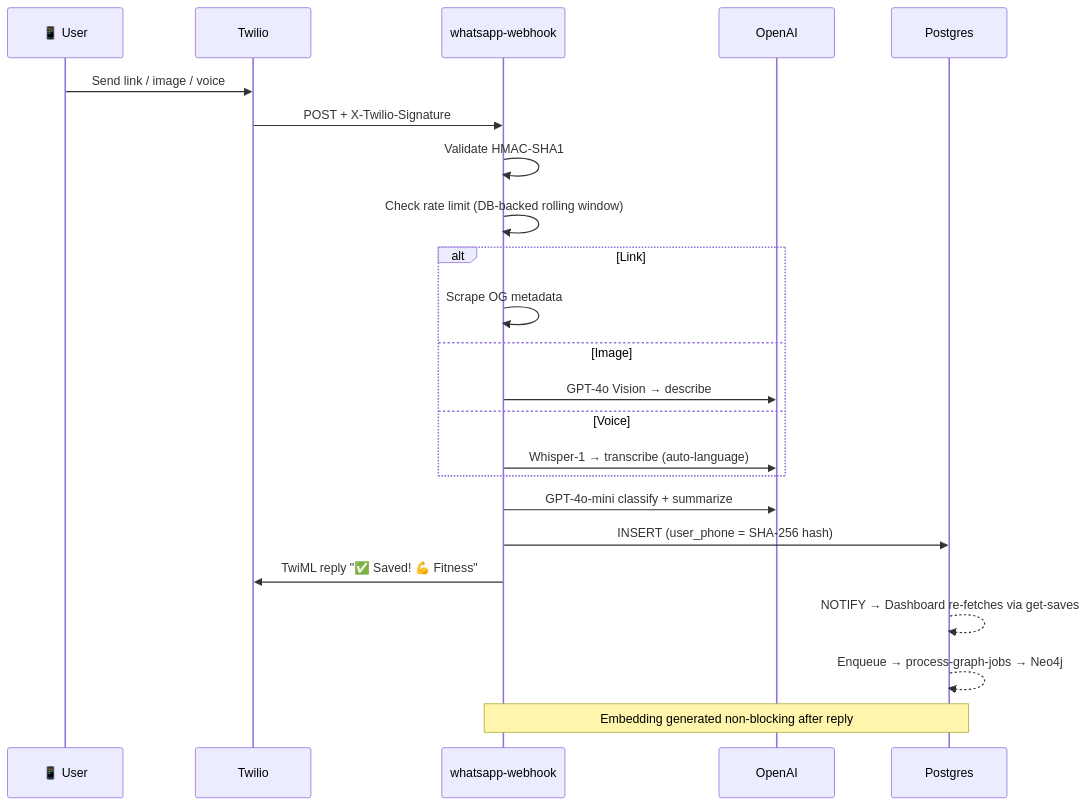
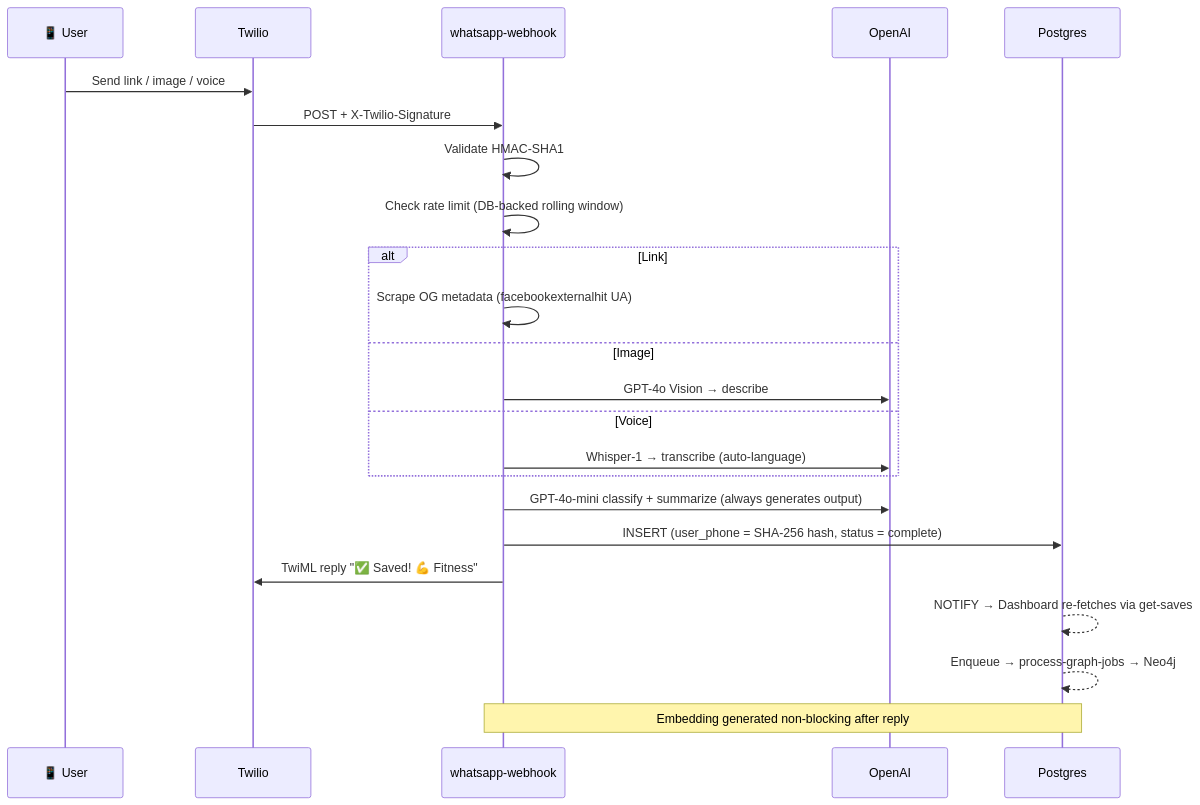
Before and after one commit to Aji-25/hack180dc: the second of 2 diagrams in README.md, drawn with Mermaid. The commit also changed other lines of this file and 5 other files, not shown here.

````diff
--- a/README.md
+++ b/README.md
@@ -115,26 +148,26 @@
 ```mermaid
 sequenceDiagram
     participant U as 📱 User
     participant T as Twilio
     participant E as whatsapp-webhook
     participant AI as OpenAI
     participant DB as Postgres
 
     U->>T: Send link / image / voice
     T->>E: POST + X-Twilio-Signature
     E->>E: Validate HMAC-SHA1
     E->>E: Check rate limit (DB-backed rolling window)
     alt Link
-        E->>E: Scrape OG metadata
+        E->>E: Scrape OG metadata (facebookexternalhit UA)
     else Image
         E->>AI: GPT-4o Vision → describe
     else Voice
         E->>AI: Whisper-1 → transcribe (auto-language)
     end
-    E->>AI: GPT-4o-mini classify + summarize
-    E->>DB: INSERT (user_phone = SHA-256 hash)
+    E->>AI: GPT-4o-mini classify + summarize (always generates output)
+    E->>DB: INSERT (user_phone = SHA-256 hash, status = complete)
     E->>T: TwiML reply "✅ Saved! 💪 Fitness"
     DB-->>DB: NOTIFY → Dashboard re-fetches via get-saves
     DB-->>DB: Enqueue → process-graph-jobs → Neo4j
     Note over E,DB: Embedding generated non-blocking after reply
 ```
````
